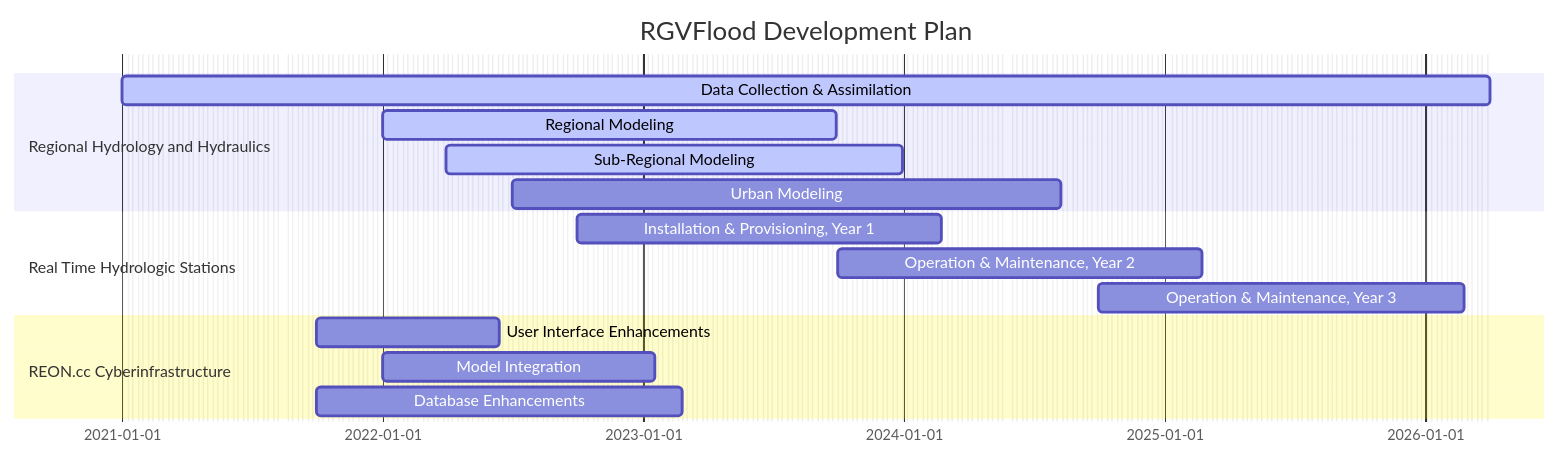
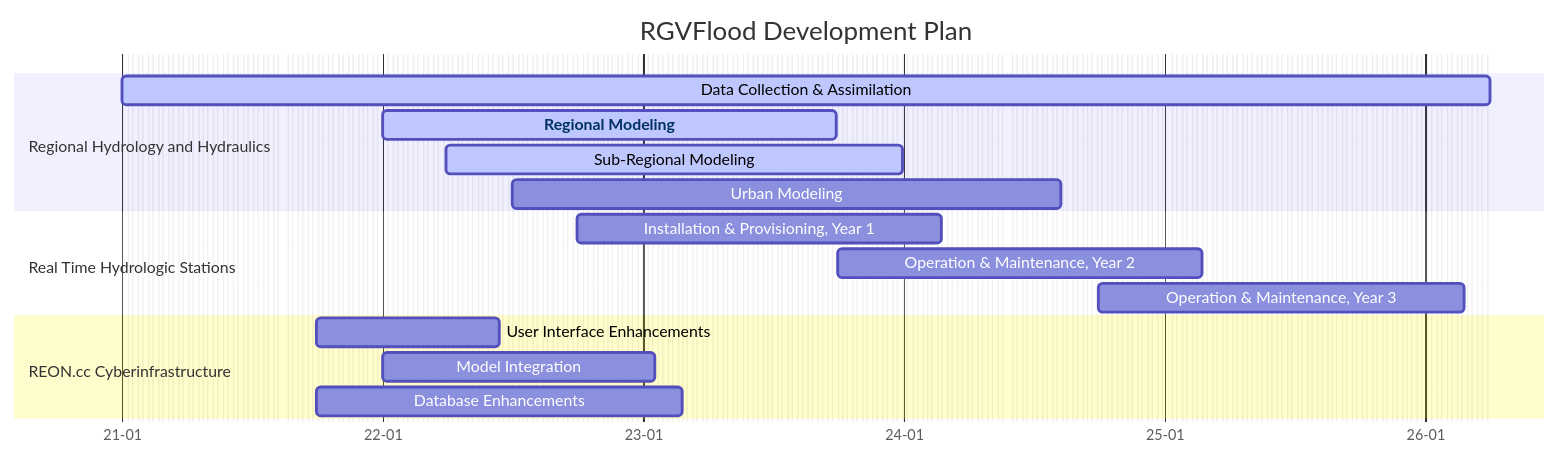
The diagram in src/development/development-process.mmd (RATESResearch/GeoNode), drawn with Mermaid before and after one commit.

Commit message:
gantt chart

```diff
--- a/src/development/development-process.mmd
+++ b/src/development/development-process.mmd
@@ -1,18 +1,20 @@
 gantt
 dateFormat  YY-Q
+axisFormat %y-%m
 title RGVFlood Development Plan
 excludes weekends
 
 section Regional Hydrology and Hydraulics
 Data Collection & Assimilation  :active, dca, 21-1, 24-4
 Regional Modeling               :active, rm, 22-1, 23-2
 Sub-Regional Modeling           :active, srm, 22-2, 23-3
 Urban Modeling                  :um, 22-3, 24-1
 section Real Time Hydrologic Stations
 Installation & Provisioning, Year 1 :rthsy1, 22-4, 23-4
 Operation & Maintenance, Year 2 :rthsy2, 23-4, 24-4
 Operation & Maintenance, Year 3 :rthsy3, 24-4, 25-4
 section REON.cc Cyberinfrastructure
 User Interface Enhancements : uie, 21-4, 22-2
 Model Integration : me, 22-1, 22-4
 Database Enhancements : de, 21-4, 22-4
+Click rm href "RegionalHandH"
```
